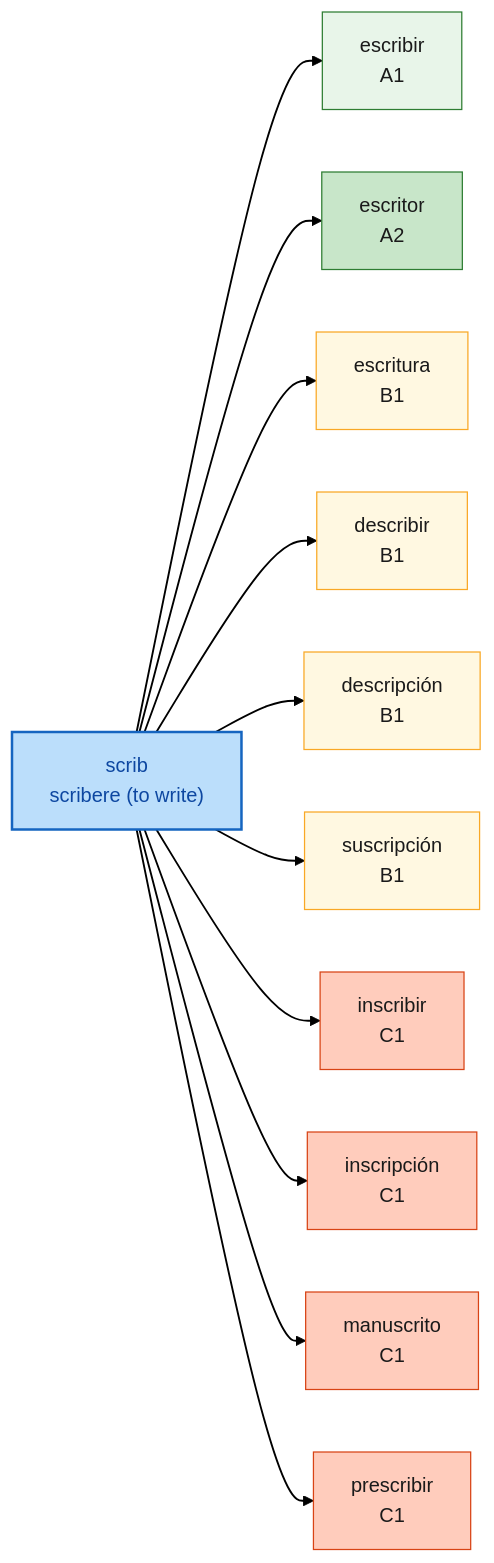
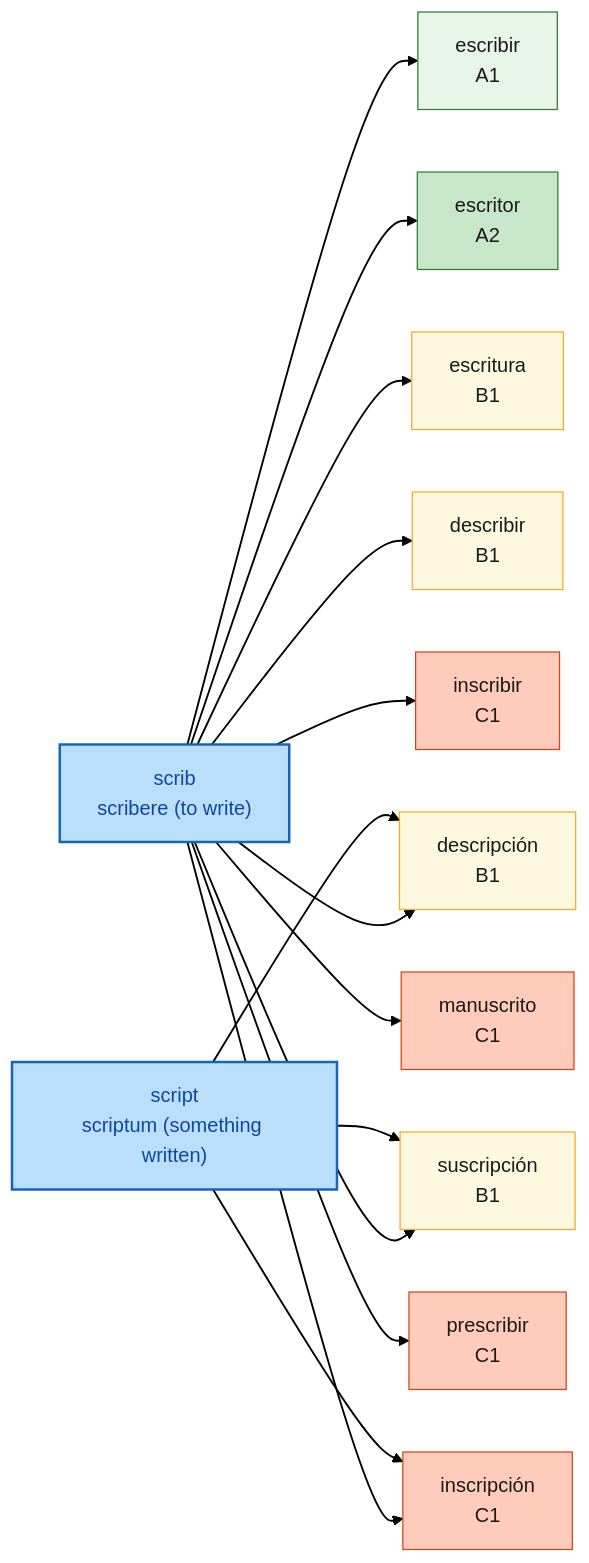
The diagram in mindmaps/raiz_v0_scrib.md (auding1900/es-raiz-vocab), drawn with Mermaid before and after one commit. The commit also changed other lines of this file and 31 other files, not shown here.

First line of the commit message:
feat(data): 新增 C8 词根导图：script,liter,verb,or,rhet,gram,dial,gloss

````diff
--- a/mindmaps/raiz_v0_scrib.md
+++ b/mindmaps/raiz_v0_scrib.md
@@ -13,52 +13,59 @@
 ```mermaid
 graph LR
   R_scrib["scrib<br/>scribere (to write)"]:::root
+  R_script["script<br/>scriptum (something written)"]:::root
   W_describir["describir<br/>B1"]:::lvlB1
   W_descripcion["descripción<br/>B1"]:::lvlB1
   W_escribir["escribir<br/>A1"]:::lvlA1
   W_escritor["escritor<br/>A2"]:::lvlA2
   W_escritura["escritura<br/>B1"]:::lvlB1
   W_inscribir["inscribir<br/>C1"]:::lvlC1
   W_inscripcion["inscripción<br/>C1"]:::lvlC1
   W_manuscrito["manuscrito<br/>C1"]:::lvlC1
   W_prescribir["prescribir<br/>C1"]:::lvlC1
   W_suscripcion["suscripción<br/>B1"]:::lvlB1
   R_scrib --> W_escribir
   R_scrib --> W_escritor
   R_scrib --> W_escritura
   R_scrib --> W_describir
   R_scrib --> W_descripcion
   R_scrib --> W_suscripcion
   R_scrib --> W_inscribir
   R_scrib --> W_inscripcion
   R_scrib --> W_manuscrito
   R_scrib --> W_prescribir
+  R_script --> W_descripcion
+  R_script --> W_suscripcion
+  R_script --> W_inscripcion
   linkStyle 0 stroke:#000000,stroke-width:1.5px
   linkStyle 1 stroke:#000000,stroke-width:1.5px
   linkStyle 2 stroke:#000000,stroke-width:1.5px
   linkStyle 3 stroke:#000000,stroke-width:1.5px
   linkStyle 4 stroke:#000000,stroke-width:1.5px
   linkStyle 5 stroke:#000000,stroke-width:1.5px
   linkStyle 6 stroke:#000000,stroke-width:1.5px
   linkStyle 7 stroke:#000000,stroke-width:1.5px
   linkStyle 8 stroke:#000000,stroke-width:1.5px
   linkStyle 9 stroke:#000000,stroke-width:1.5px
+  linkStyle 10 stroke:#000000,stroke-width:1.5px
+  linkStyle 11 stroke:#000000,stroke-width:1.5px
+  linkStyle 12 stroke:#000000,stroke-width:1.5px
   classDef root fill:#bbdefb,stroke:#1565c0,stroke-width:2px,color:#0d47a1
   classDef lvlA1 fill:#e8f5e9,stroke:#2e7d32,color:#1a1a1a
   classDef lvlA2 fill:#c8e6c9,stroke:#2e7d32,color:#1a1a1a
   classDef lvlB1 fill:#fff8e1,stroke:#f9a825,color:#1a1a1a
   classDef lvlB2 fill:#ffe0b2,stroke:#ef6c00,color:#1a1a1a
   classDef lvlC1 fill:#ffccbc,stroke:#d84315,color:#1a1a1a
   classDef lvlC2 fill:#ffcdd2,stroke:#b71c1c,color:#1a1a1a
   classDef lvlNA fill:#f5f5f5,stroke:#9e9e9e,color:#424242
   click W_describir "https://www.doubao.com/chat?q=%E8%A5%BF%E7%8F%AD%E7%89%99%E8%AF%ADdescribir%EF%BC%8C%E8%AF%8D%E6%A0%B9scrib%EF%BC%8C%E8%A7%A3%E9%87%8A%E8%AF%8D%E4%B9%89%E3%80%81DELE%E7%AD%89%E7%BA%A7%E3%80%81%E8%AF%AD%E4%BD%93%E3%80%81%E5%B8%B8%E7%94%A8%E6%90%AD%E9%85%8D%E3%80%81%E8%BF%91%E4%B9%89%E8%AF%8D%E8%BE%A8%E6%9E%90%EF%BC%8C%E5%B9%B6%E4%B8%94%E7%BB%992%E6%9D%A1%E6%9D%A5%E8%87%AA%E5%85%AC%E7%89%88%E8%A5%BF%E8%AF%AD%E6%96%87%E6%9C%AC%EF%BC%88Wikisource%2F%E5%8F%A4%E7%99%BB%E5%A0%A1%EF%BC%89%E7%9A%84%E8%87%AA%E7%84%B6%E4%BE%8B%E5%8F%A5%EF%BC%8C%E4%BE%8B%E5%8F%A5%E4%BC%98%E5%85%88%E9%80%89%E7%94%A8%E7%8E%B0%E4%BB%A3%E6%A0%87%E5%87%86%E8%A5%BF%E7%8F%AD%E7%89%99%E8%AF%AD%EF%BC%8C%E5%8F%A4%E4%BD%93%E4%BE%8B%E5%8F%A5%E6%A0%87%E6%B3%A8%E3%80%90arca%C3%ADsmo%E3%80%91" "豆包查询：describir" _blank
   click W_descripcion "https://www.doubao.com/chat?q=%E8%A5%BF%E7%8F%AD%E7%89%99%E8%AF%ADdescripci%C3%B3n%EF%BC%8C%E8%AF%8D%E6%A0%B9scrib%EF%BC%8C%E8%A7%A3%E9%87%8A%E8%AF%8D%E4%B9%89%E3%80%81DELE%E7%AD%89%E7%BA%A7%E3%80%81%E8%AF%AD%E4%BD%93%E3%80%81%E5%B8%B8%E7%94%A8%E6%90%AD%E9%85%8D%E3%80%81%E8%BF%91%E4%B9%89%E8%AF%8D%E8%BE%A8%E6%9E%90%EF%BC%8C%E5%B9%B6%E4%B8%94%E7%BB%992%E6%9D%A1%E6%9D%A5%E8%87%AA%E5%85%AC%E7%89%88%E8%A5%BF%E8%AF%AD%E6%96%87%E6%9C%AC%EF%BC%88Wikisource%2F%E5%8F%A4%E7%99%BB%E5%A0%A1%EF%BC%89%E7%9A%84%E8%87%AA%E7%84%B6%E4%BE%8B%E5%8F%A5%EF%BC%8C%E4%BE%8B%E5%8F%A5%E4%BC%98%E5%85%88%E9%80%89%E7%94%A8%E7%8E%B0%E4%BB%A3%E6%A0%87%E5%87%86%E8%A5%BF%E7%8F%AD%E7%89%99%E8%AF%AD%EF%BC%8C%E5%8F%A4%E4%BD%93%E4%BE%8B%E5%8F%A5%E6%A0%87%E6%B3%A8%E3%80%90arca%C3%ADsmo%E3%80%91" "豆包查询：descripción" _blank
   click W_escribir "https://www.doubao.com/chat?q=%E8%A5%BF%E7%8F%AD%E7%89%99%E8%AF%ADescribir%EF%BC%8C%E8%AF%8D%E6%A0%B9scrib%EF%BC%8C%E8%A7%A3%E9%87%8A%E8%AF%8D%E4%B9%89%E3%80%81DELE%E7%AD%89%E7%BA%A7%E3%80%81%E8%AF%AD%E4%BD%93%E3%80%81%E5%B8%B8%E7%94%A8%E6%90%AD%E9%85%8D%E3%80%81%E8%BF%91%E4%B9%89%E8%AF%8D%E8%BE%A8%E6%9E%90%EF%BC%8C%E5%B9%B6%E4%B8%94%E7%BB%992%E6%9D%A1%E6%9D%A5%E8%87%AA%E5%85%AC%E7%89%88%E8%A5%BF%E8%AF%AD%E6%96%87%E6%9C%AC%EF%BC%88Wikisource%2F%E5%8F%A4%E7%99%BB%E5%A0%A1%EF%BC%89%E7%9A%84%E8%87%AA%E7%84%B6%E4%BE%8B%E5%8F%A5%EF%BC%8C%E4%BE%8B%E5%8F%A5%E4%BC%98%E5%85%88%E9%80%89%E7%94%A8%E7%8E%B0%E4%BB%A3%E6%A0%87%E5%87%86%E8%A5%BF%E7%8F%AD%E7%89%99%E8%AF%AD%EF%BC%8C%E5%8F%A4%E4%BD%93%E4%BE%8B%E5%8F%A5%E6%A0%87%E6%B3%A8%E3%80%90arca%C3%ADsmo%E3%80%91" "豆包查询：escribir" _blank
   click W_escritor "https://www.doubao.com/chat?q=%E8%A5%BF%E7%8F%AD%E7%89%99%E8%AF%ADescritor%EF%BC%8C%E8%AF%8D%E6%A0%B9scrib%EF%BC%8C%E8%A7%A3%E9%87%8A%E8%AF%8D%E4%B9%89%E3%80%81DELE%E7%AD%89%E7%BA%A7%E3%80%81%E8%AF%AD%E4%BD%93%E3%80%81%E5%B8%B8%E7%94%A8%E6%90%AD%E9%85%8D%E3%80%81%E8%BF%91%E4%B9%89%E8%AF%8D%E8%BE%A8%E6%9E%90%EF%BC%8C%E5%B9%B6%E4%B8%94%E7%BB%992%E6%9D%A1%E6%9D%A5%E8%87%AA%E5%85%AC%E7%89%88%E8%A5%BF%E8%AF%AD%E6%96%87%E6%9C%AC%EF%BC%88Wikisource%2F%E5%8F%A4%E7%99%BB%E5%A0%A1%EF%BC%89%E7%9A%84%E8%87%AA%E7%84%B6%E4%BE%8B%E5%8F%A5%EF%BC%8C%E4%BE%8B%E5%8F%A5%E4%BC%98%E5%85%88%E9%80%89%E7%94%A8%E7%8E%B0%E4%BB%A3%E6%A0%87%E5%87%86%E8%A5%BF%E7%8F%AD%E7%89%99%E8%AF%AD%EF%BC%8C%E5%8F%A4%E4%BD%93%E4%BE%8B%E5%8F%A5%E6%A0%87%E6%B3%A8%E3%80%90arca%C3%ADsmo%E3%80%91" "豆包查询：escritor" _blank
   click W_escritura "https://www.doubao.com/chat?q=%E8%A5%BF%E7%8F%AD%E7%89%99%E8%AF%ADescritura%EF%BC%8C%E8%AF%8D%E6%A0%B9scrib%EF%BC%8C%E8%A7%A3%E9%87%8A%E8%AF%8D%E4%B9%89%E3%80%81DELE%E7%AD%89%E7%BA%A7%E3%80%81%E8%AF%AD%E4%BD%93%E3%80%81%E5%B8%B8%E7%94%A8%E6%90%AD%E9%85%8D%E3%80%81%E8%BF%91%E4%B9%89%E8%AF%8D%E8%BE%A8%E6%9E%90%EF%BC%8C%E5%B9%B6%E4%B8%94%E7%BB%992%E6%9D%A1%E6%9D%A5%E8%87%AA%E5%85%AC%E7%89%88%E8%A5%BF%E8%AF%AD%E6%96%87%E6%9C%AC%EF%BC%88Wikisource%2F%E5%8F%A4%E7%99%BB%E5%A0%A1%EF%BC%89%E7%9A%84%E8%87%AA%E7%84%B6%E4%BE%8B%E5%8F%A5%EF%BC%8C%E4%BE%8B%E5%8F%A5%E4%BC%98%E5%85%88%E9%80%89%E7%94%A8%E7%8E%B0%E4%BB%A3%E6%A0%87%E5%87%86%E8%A5%BF%E7%8F%AD%E7%89%99%E8%AF%AD%EF%BC%8C%E5%8F%A4%E4%BD%93%E4%BE%8B%E5%8F%A5%E6%A0%87%E6%B3%A8%E3%80%90arca%C3%ADsmo%E3%80%91" "豆包查询：escritura" _blank
   click W_inscribir "https://www.doubao.com/chat?q=%E8%A5%BF%E7%8F%AD%E7%89%99%E8%AF%ADinscribir%EF%BC%8C%E8%AF%8D%E6%A0%B9scrib%EF%BC%8C%E8%A7%A3%E9%87%8A%E8%AF%8D%E4%B9%89%E3%80%81DELE%E7%AD%89%E7%BA%A7%E3%80%81%E8%AF%AD%E4%BD%93%E3%80%81%E5%B8%B8%E7%94%A8%E6%90%AD%E9%85%8D%E3%80%81%E8%BF%91%E4%B9%89%E8%AF%8D%E8%BE%A8%E6%9E%90%EF%BC%8C%E5%B9%B6%E4%B8%94%E7%BB%992%E6%9D%A1%E6%9D%A5%E8%87%AA%E5%85%AC%E7%89%88%E8%A5%BF%E8%AF%AD%E6%96%87%E6%9C%AC%EF%BC%88Wikisource%2F%E5%8F%A4%E7%99%BB%E5%A0%A1%EF%BC%89%E7%9A%84%E8%87%AA%E7%84%B6%E4%BE%8B%E5%8F%A5%EF%BC%8C%E4%BE%8B%E5%8F%A5%E4%BC%98%E5%85%88%E9%80%89%E7%94%A8%E7%8E%B0%E4%BB%A3%E6%A0%87%E5%87%86%E8%A5%BF%E7%8F%AD%E7%89%99%E8%AF%AD%EF%BC%8C%E5%8F%A4%E4%BD%93%E4%BE%8B%E5%8F%A5%E6%A0%87%E6%B3%A8%E3%80%90arca%C3%ADsmo%E3%80%91" "豆包查询：inscribir" _blank
   click W_inscripcion "https://www.doubao.com/chat?q=%E8%A5%BF%E7%8F%AD%E7%89%99%E8%AF%ADinscripci%C3%B3n%EF%BC%8C%E8%AF%8D%E6%A0%B9scrib%EF%BC%8C%E8%A7%A3%E9%87%8A%E8%AF%8D%E4%B9%89%E3%80%81DELE%E7%AD%89%E7%BA%A7%E3%80%81%E8%AF%AD%E4%BD%93%E3%80%81%E5%B8%B8%E7%94%A8%E6%90%AD%E9%85%8D%E3%80%81%E8%BF%91%E4%B9%89%E8%AF%8D%E8%BE%A8%E6%9E%90%EF%BC%8C%E5%B9%B6%E4%B8%94%E7%BB%992%E6%9D%A1%E6%9D%A5%E8%87%AA%E5%85%AC%E7%89%88%E8%A5%BF%E8%AF%AD%E6%96%87%E6%9C%AC%EF%BC%88Wikisource%2F%E5%8F%A4%E7%99%BB%E5%A0%A1%EF%BC%89%E7%9A%84%E8%87%AA%E7%84%B6%E4%BE%8B%E5%8F%A5%EF%BC%8C%E4%BE%8B%E5%8F%A5%E4%BC%98%E5%85%88%E9%80%89%E7%94%A8%E7%8E%B0%E4%BB%A3%E6%A0%87%E5%87%86%E8%A5%BF%E7%8F%AD%E7%89%99%E8%AF%AD%EF%BC%8C%E5%8F%A4%E4%BD%93%E4%BE%8B%E5%8F%A5%E6%A0%87%E6%B3%A8%E3%80%90arca%C3%ADsmo%E3%80%91" "豆包查询：inscripción" _blank
   click W_manuscrito "https://www.doubao.com/chat?q=%E8%A5%BF%E7%8F%AD%E7%89%99%E8%AF%ADmanuscrito%EF%BC%8C%E8%AF%8D%E6%A0%B9scrib%EF%BC%8C%E8%A7%A3%E9%87%8A%E8%AF%8D%E4%B9%89%E3%80%81DELE%E7%AD%89%E7%BA%A7%E3%80%81%E8%AF%AD%E4%BD%93%E3%80%81%E5%B8%B8%E7%94%A8%E6%90%AD%E9%85%8D%E3%80%81%E8%BF%91%E4%B9%89%E8%AF%8D%E8%BE%A8%E6%9E%90%EF%BC%8C%E5%B9%B6%E4%B8%94%E7%BB%992%E6%9D%A1%E6%9D%A5%E8%87%AA%E5%85%AC%E7%89%88%E8%A5%BF%E8%AF%AD%E6%96%87%E6%9C%AC%EF%BC%88Wikisource%2F%E5%8F%A4%E7%99%BB%E5%A0%A1%EF%BC%89%E7%9A%84%E8%87%AA%E7%84%B6%E4%BE%8B%E5%8F%A5%EF%BC%8C%E4%BE%8B%E5%8F%A5%E4%BC%98%E5%85%88%E9%80%89%E7%94%A8%E7%8E%B0%E4%BB%A3%E6%A0%87%E5%87%86%E8%A5%BF%E7%8F%AD%E7%89%99%E8%AF%AD%EF%BC%8C%E5%8F%A4%E4%BD%93%E4%BE%8B%E5%8F%A5%E6%A0%87%E6%B3%A8%E3%80%90arca%C3%ADsmo%E3%80%91" "豆包查询：manuscrito" _blank
   click W_prescribir "https://www.doubao.com/chat?q=%E8%A5%BF%E7%8F%AD%E7%89%99%E8%AF%ADprescribir%EF%BC%8C%E8%AF%8D%E6%A0%B9scrib%EF%BC%8C%E8%A7%A3%E9%87%8A%E8%AF%8D%E4%B9%89%E3%80%81DELE%E7%AD%89%E7%BA%A7%E3%80%81%E8%AF%AD%E4%BD%93%E3%80%81%E5%B8%B8%E7%94%A8%E6%90%AD%E9%85%8D%E3%80%81%E8%BF%91%E4%B9%89%E8%AF%8D%E8%BE%A8%E6%9E%90%EF%BC%8C%E5%B9%B6%E4%B8%94%E7%BB%992%E6%9D%A1%E6%9D%A5%E8%87%AA%E5%85%AC%E7%89%88%E8%A5%BF%E8%AF%AD%E6%96%87%E6%9C%AC%EF%BC%88Wikisource%2F%E5%8F%A4%E7%99%BB%E5%A0%A1%EF%BC%89%E7%9A%84%E8%87%AA%E7%84%B6%E4%BE%8B%E5%8F%A5%EF%BC%8C%E4%BE%8B%E5%8F%A5%E4%BC%98%E5%85%88%E9%80%89%E7%94%A8%E7%8E%B0%E4%BB%A3%E6%A0%87%E5%87%86%E8%A5%BF%E7%8F%AD%E7%89%99%E8%AF%AD%EF%BC%8C%E5%8F%A4%E4%BD%93%E4%BE%8B%E5%8F%A5%E6%A0%87%E6%B3%A8%E3%80%90arca%C3%ADsmo%E3%80%91" "豆包查询：prescribir" _blank
   click W_suscripcion "https://www.doubao.com/chat?q=%E8%A5%BF%E7%8F%AD%E7%89%99%E8%AF%ADsuscripci%C3%B3n%EF%BC%8C%E8%AF%8D%E6%A0%B9scrib%EF%BC%8C%E8%A7%A3%E9%87%8A%E8%AF%8D%E4%B9%89%E3%80%81DELE%E7%AD%89%E7%BA%A7%E3%80%81%E8%AF%AD%E4%BD%93%E3%80%81%E5%B8%B8%E7%94%A8%E6%90%AD%E9%85%8D%E3%80%81%E8%BF%91%E4%B9%89%E8%AF%8D%E8%BE%A8%E6%9E%90%EF%BC%8C%E5%B9%B6%E4%B8%94%E7%BB%992%E6%9D%A1%E6%9D%A5%E8%87%AA%E5%85%AC%E7%89%88%E8%A5%BF%E8%AF%AD%E6%96%87%E6%9C%AC%EF%BC%88Wikisource%2F%E5%8F%A4%E7%99%BB%E5%A0%A1%EF%BC%89%E7%9A%84%E8%87%AA%E7%84%B6%E4%BE%8B%E5%8F%A5%EF%BC%8C%E4%BE%8B%E5%8F%A5%E4%BC%98%E5%85%88%E9%80%89%E7%94%A8%E7%8E%B0%E4%BB%A3%E6%A0%87%E5%87%86%E8%A5%BF%E7%8F%AD%E7%89%99%E8%AF%AD%EF%BC%8C%E5%8F%A4%E4%BD%93%E4%BE%8B%E5%8F%A5%E6%A0%87%E6%B3%A8%E3%80%90arca%C3%ADsmo%E3%80%91" "豆包查询：suscripción" _blank
 ```
````
